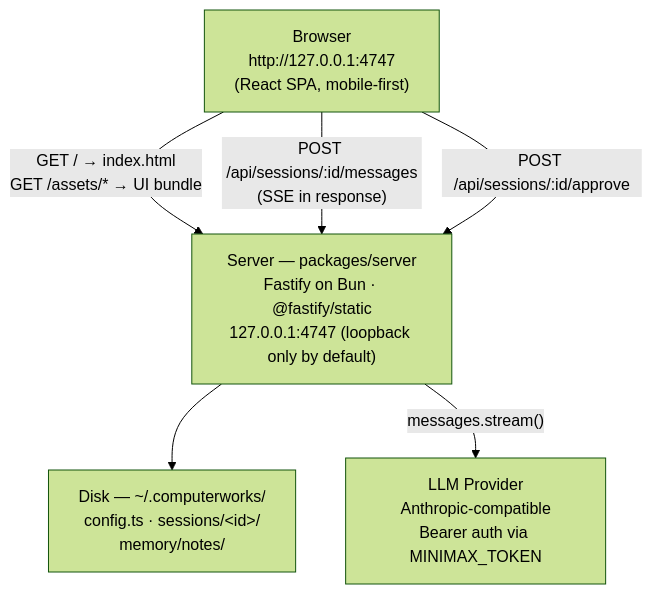
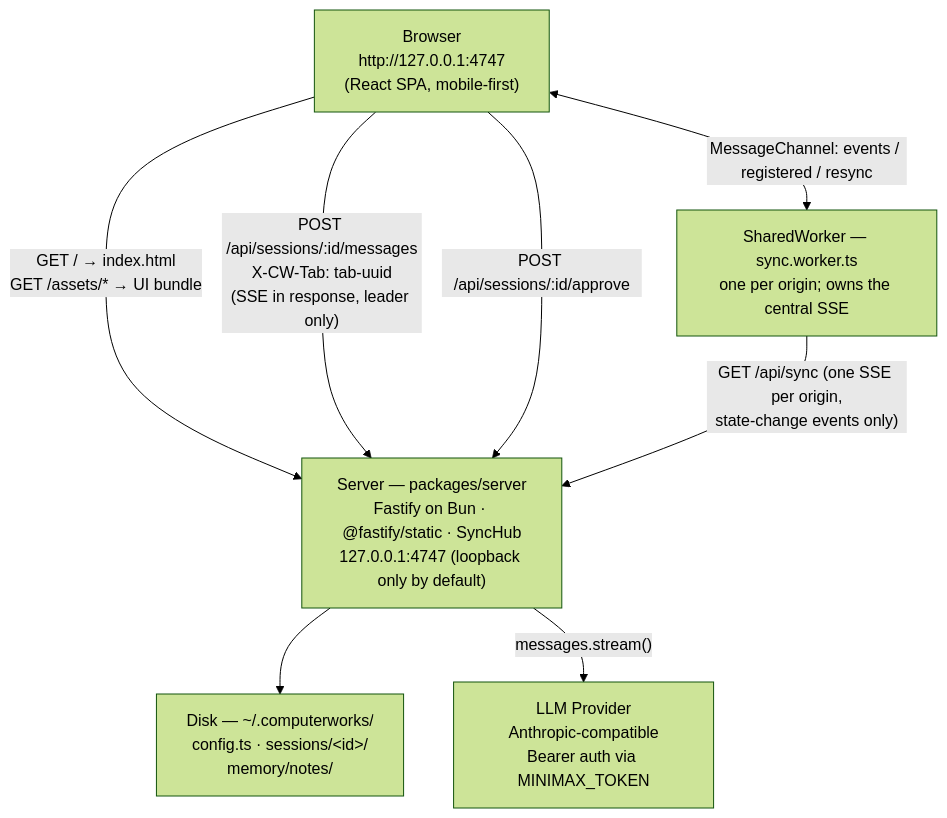
Before and after one commit to TahaNKhan/ComputerWorks: the first of 4 diagrams in docs/architecture.md, drawn with Mermaid (forest theme). The commit also changed other lines of this file and 2 other files, not shown here.

````diff
--- a/docs/architecture.md
+++ b/docs/architecture.md
@@ -18,13 +18,16 @@
 ```mermaid
 flowchart TB
     Browser["Browser<br/>http://127.0.0.1:4747<br/>(React SPA, mobile-first)"]
-    Server["Server — packages/server<br/>Fastify on Bun · @fastify/static<br/>127.0.0.1:4747 (loopback only by default)"]
+    Worker["SharedWorker — sync.worker.ts<br/>one per origin; owns the central SSE"]
+    Server["Server — packages/server<br/>Fastify on Bun · @fastify/static · SyncHub<br/>127.0.0.1:4747 (loopback only by default)"]
     Disk["Disk — ~/.computerworks/<br/>config.ts · sessions/&lt;id&gt;/<br/>memory/notes/"]
     Provider["LLM Provider<br/>Anthropic-compatible<br/>Bearer auth via MINIMAX_TOKEN"]
 
     Browser -- "GET / → index.html<br/>GET /assets/* → UI bundle" --> Server
-    Browser -- "POST /api/sessions/:id/messages<br/>(SSE in response)" --> Server
+    Browser -- "POST /api/sessions/:id/messages<br/>X-CW-Tab: tab-uuid<br/>(SSE in response, leader only)" --> Server
     Browser -- "POST /api/sessions/:id/approve" --> Server
+    Browser <-- "MessageChannel: events / registered / resync" --> Worker
+    Worker -- "GET /api/sync (one SSE per origin,<br/>state-change events only)" --> Server
     Server --> Disk
     Server -- "messages.stream()" --> Provider
 ```
````
